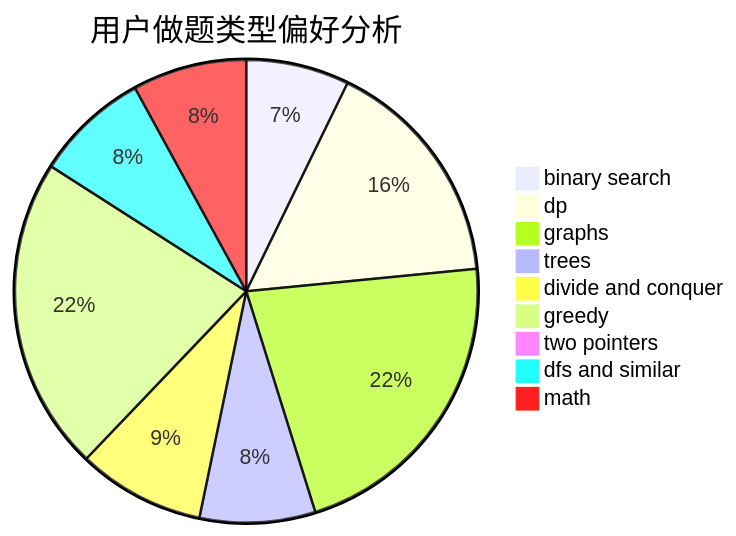
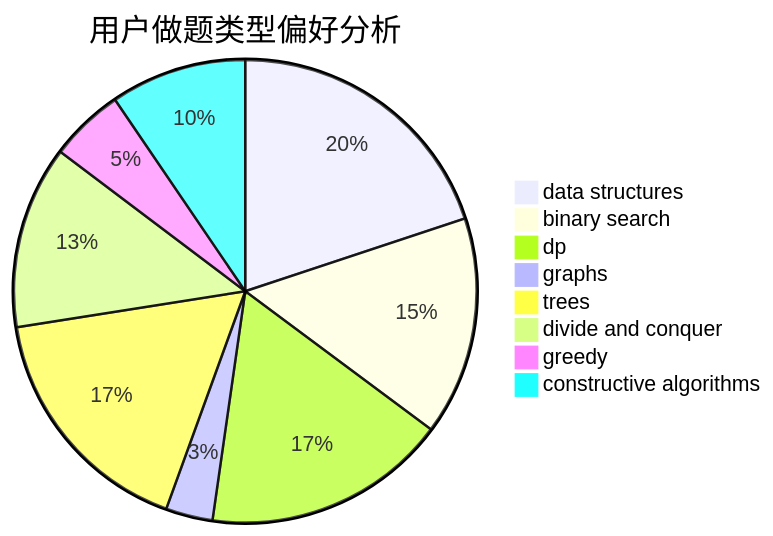
Before and after one commit to sherpahu/cfrs.github.io: the second of 3 diagrams in docs/user/u1181.md, drawn with Mermaid. The commit also changed other lines of this file and 2775 other files, not shown here.

````diff
--- a/docs/user/u1181.md
+++ b/docs/user/u1181.md
@@ -23,12 +23,11 @@
 ```mermaid
 pie title 用户做题类型偏好分析
-    "binary search" :  142
-    "dp" :  320
-    "graphs" :  428
-    "trees" :  159
-    "divide and conquer" :  175
-    "greedy" :  432
-    "two pointers" :  9
-    "dfs and similar" :  157
-    "math" :  157
+    "data structures" :  176
+    "binary search" :  135
+    "dp" :  151
+    "graphs" :  29
+    "trees" :  150
+    "divide and conquer" :  113
+    "greedy" :  46
+    "constructive algorithms" :  84
 ```
````
